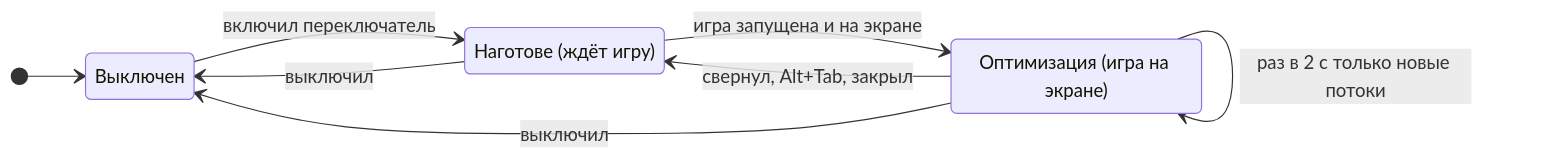
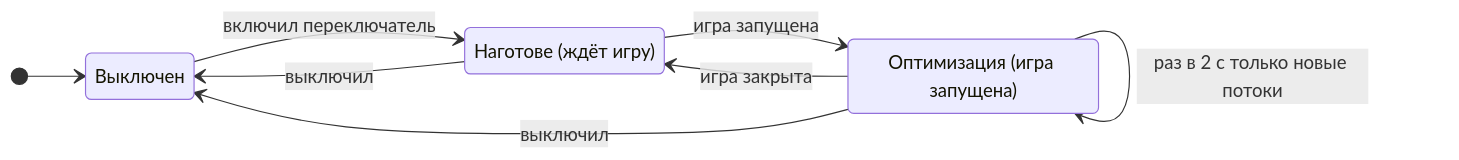
The second of 5 diagrams in docs/grobyq-4.0-README.md (mitzuLLC/mitzuLLC-grobyq), drawn with Mermaid before and after one commit. The commit also changed other lines of this file, not shown here.

````diff
--- a/docs/grobyq-4.0-README.md
+++ b/docs/grobyq-4.0-README.md
@@ -68,14 +76,14 @@
 ```mermaid
 stateDiagram-v2
     direction LR
     state "Выключен" as Off
     state "Наготове (ждёт игру)" as Armed
-    state "Оптимизация (игра на экране)" as Active
+    state "Оптимизация (игра запущена)" as Active
     [*] --> Off
     Off --> Armed: включил переключатель
-    Armed --> Active: игра запущена и на экране
-    Active --> Armed: свернул, Alt+Tab, закрыл
+    Armed --> Active: игра запущена
+    Active --> Armed: игра закрыта
     Active --> Active: раз в 2 с только новые потоки
     Armed --> Off: выключил
     Active --> Off: выключил
 ```
````
